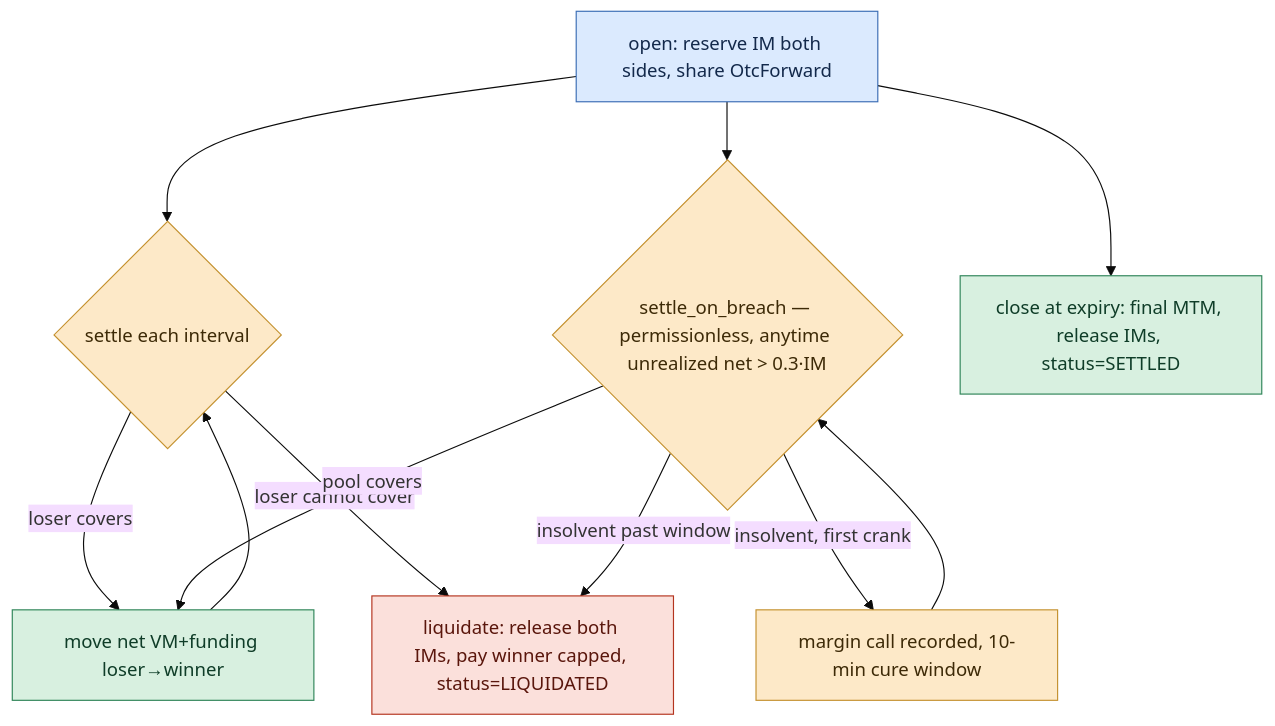
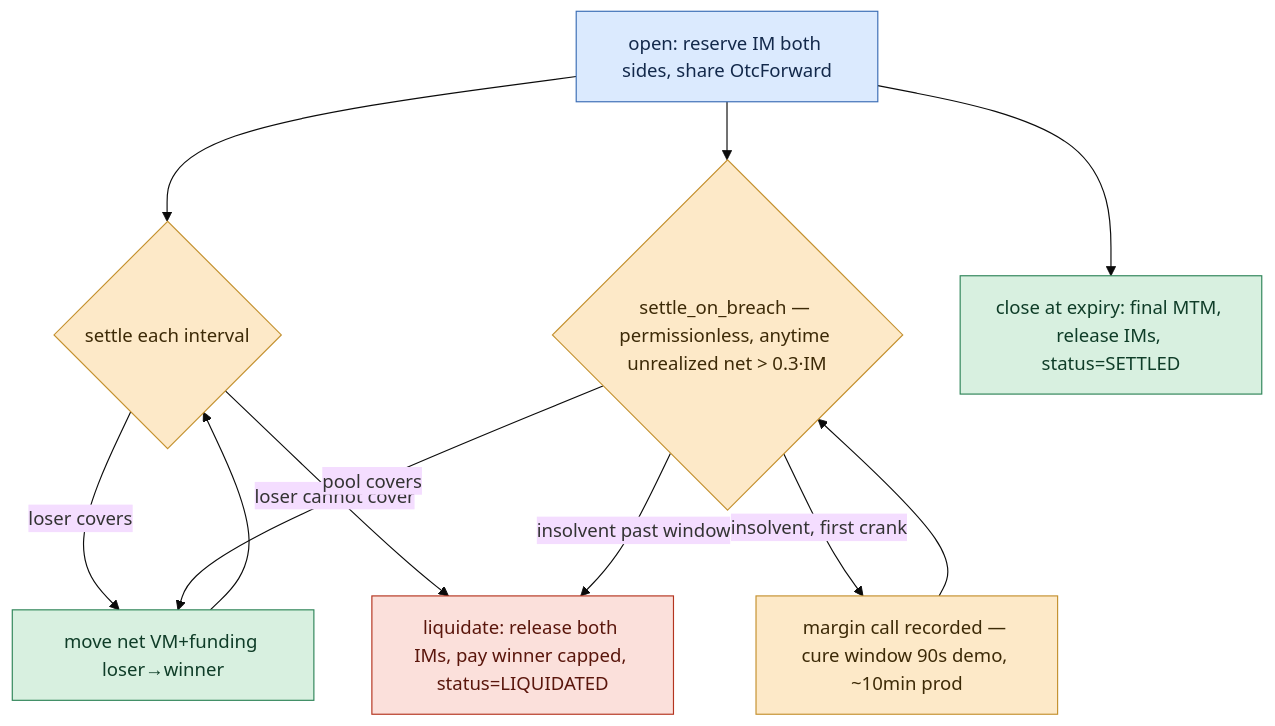
One commit to fullmetal-finance/fullmetal-sui-demo changed the third of 3 diagrams in ARCHITECTURE.md. Above: the diagram before and after it, drawn with Mermaid (base theme). The commit also changed other lines of this file and 10 other files, not shown here.

````diff
--- a/ARCHITECTURE.md
+++ b/ARCHITECTURE.md
@@ -314,21 +314,21 @@
 ```mermaid
 flowchart TD
     O[open: reserve IM both sides, share OtcForward] --> S
     S{settle each interval} -->|loser covers| V[move net VM+funding loser→winner] --> S
     S -->|loser cannot cover| L[liquidate: release both IMs, pay winner capped, status=LIQUIDATED]
     O --> B{settle_on_breach — permissionless, anytime unrealized net > 0.3·IM}
     B -->|pool covers| V
-    B -->|insolvent, first crank| M[margin call recorded, 10-min cure window] --> B
+    B -->|insolvent, first crank| M["margin call recorded — cure window 90s demo, ~10min prod"] --> B
     B -->|insolvent past window| L
     O --> C[close at expiry: final MTM, release IMs, status=SETTLED]
 
     classDef open fill:#dbeafe,stroke:#3b6db5,color:#13294b;
     classDef decision fill:#fde9c8,stroke:#c4912f,color:#3d2a07;
     classDef good fill:#d8f0e0,stroke:#2f8559,color:#0f3d28;
     classDef bad fill:#fbe0db,stroke:#b4341f,color:#5a160c;
     class O open
     class S,B decision
     class V,C good
     class L bad
     class M decision
 ```
````
